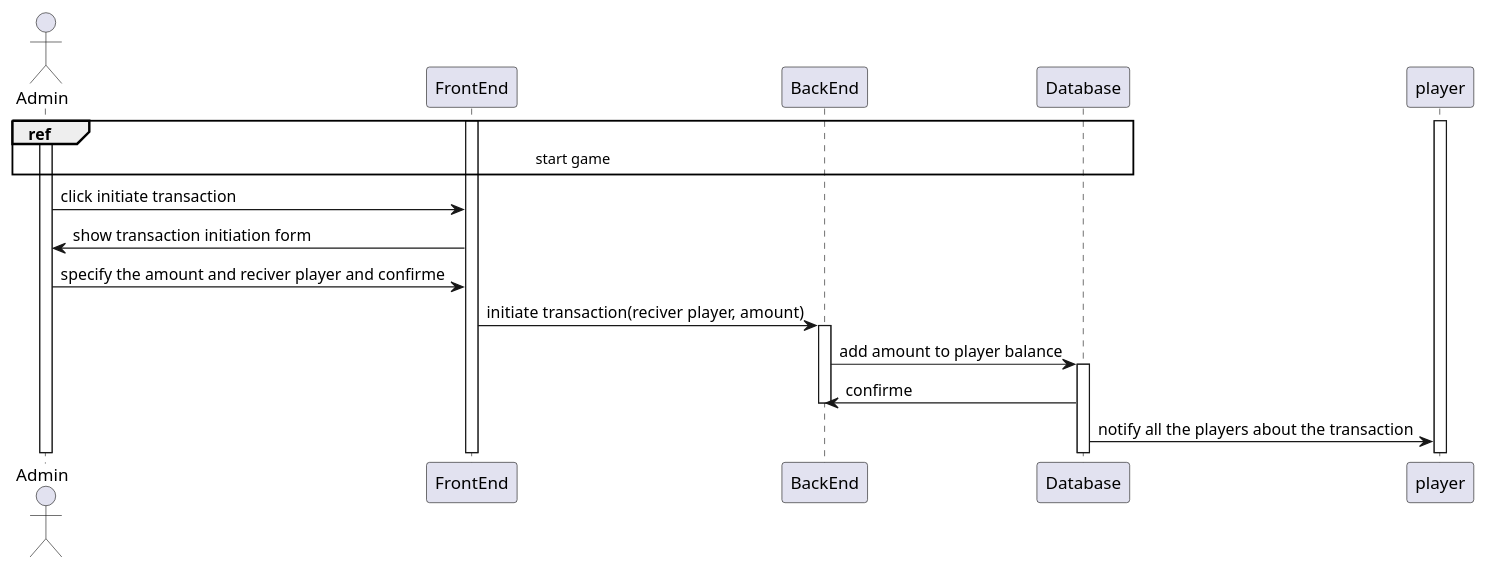
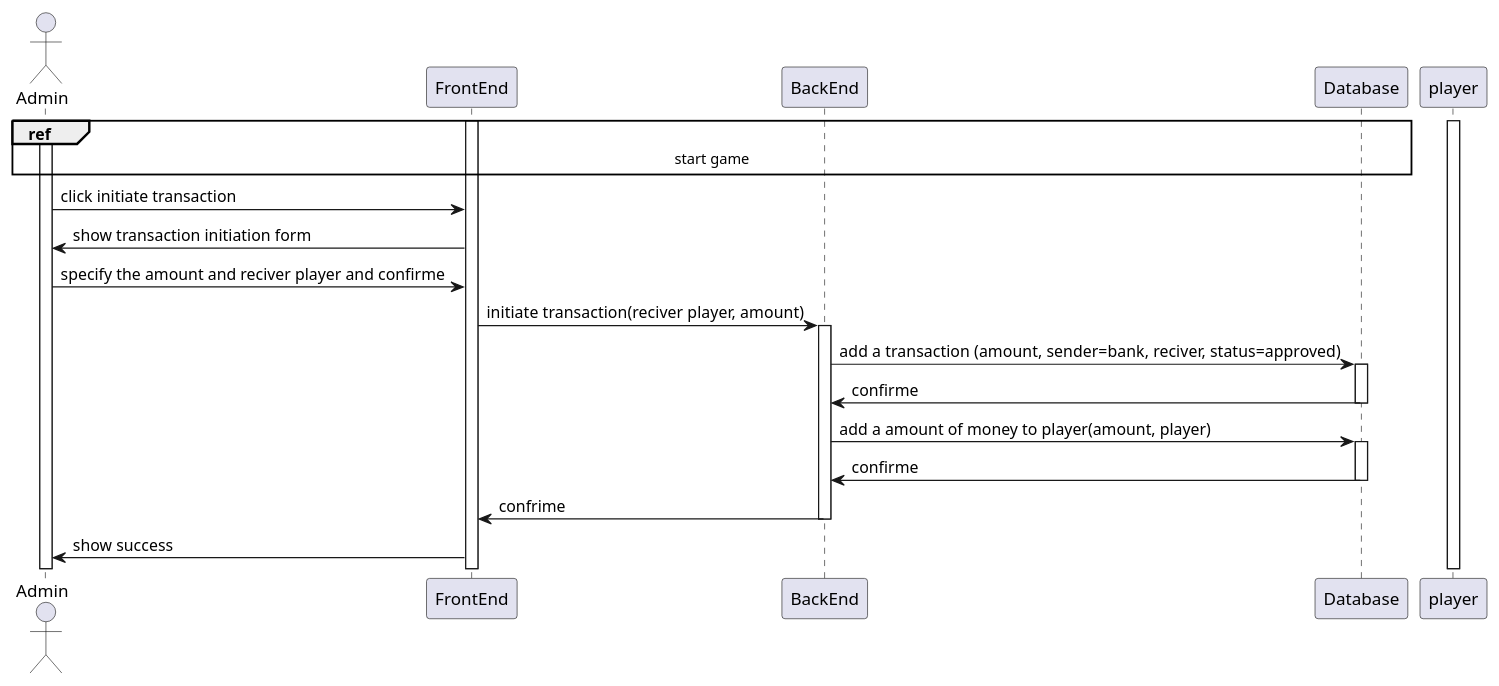
One commit to monoploy-game/design changed the diagram in detailedSDs/admin/initiate_transaction_from_the_bank_to_another_player.wsd. Above: the diagram before and after it, drawn with PlantUML. The commit also changed 1 other file, not shown here.

Commit message:
updated sd and dSD of initiate transaction from bank to other players to sync with class diagram

```diff
--- a/detailedSDs/admin/initiate_transaction_from_the_bank_to_another_player.wsd
+++ b/detailedSDs/admin/initiate_transaction_from_the_bank_to_another_player.wsd
@@ -1,26 +1,35 @@
-@startuml "initiate transaction to another player"
+@startuml "initiate transaction to a player"
 
 actor Admin
 
 Activate Admin
 Activate FrontEnd
 
 ref over Admin, FrontEnd, BackEnd, Database: start game
 Activate player
 
 Admin ->  FrontEnd : click initiate transaction
 FrontEnd -> Admin : show transaction initiation form
 Admin -> FrontEnd : specify the amount and reciver player and confirme
 
 FrontEnd -> BackEnd : initiate transaction(reciver player, amount)
 activate BackEnd
 
-BackEnd -> Database : add amount to player balance
+BackEnd -> Database : add a transaction (amount, sender=bank, reciver, status=approved)
 Activate Database
 
 Database -> BackEnd : confirme
+deactivate Database
+
+BackEnd -> Database : add a amount of money to player(amount, player)
+Activate Database
+
+Database -> BackEnd : confirme
+deactivate Database
+
+BackEnd -> FrontEnd : confrime
 deactivate BackEnd
 
-Database -> player : notify all the players about the transaction
+FrontEnd -> Admin : show success
 
 @enduml
```
